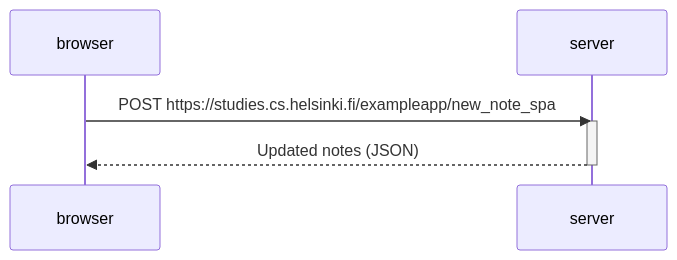
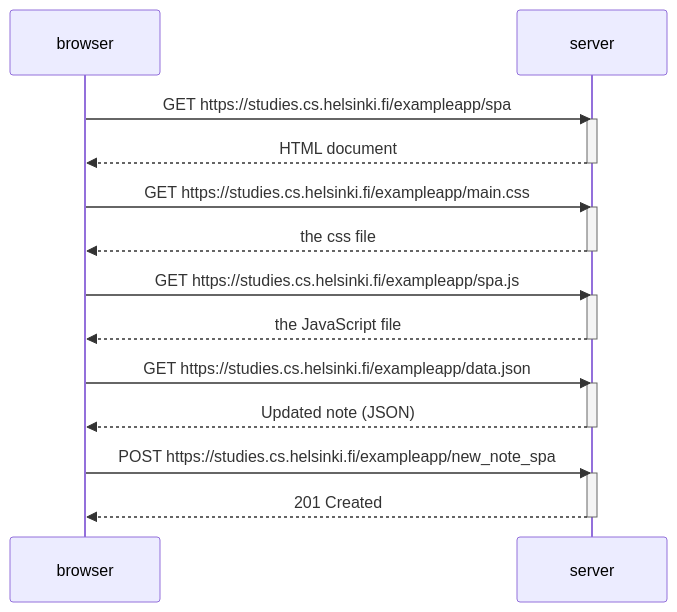
The diagram in exercise5.md (triviet29/Full-Stack-Open---part-0), drawn with Mermaid before and after one commit.

Commit message:
Update sequence diagram for note app interactions

````diff
--- a/exercise5.md
+++ b/exercise5.md
@@ -1,11 +1,31 @@
 ```mermaid
 sequenceDiagram
   participant browser
   participant server
 
+  browser->>server: GET https://studies.cs.helsinki.fi/exampleapp/spa
+  activate server
+  server-->>browser: HTML document
+  deactivate server
+
+  browser->>server: GET https://studies.cs.helsinki.fi/exampleapp/main.css
+  activate server
+  server-->>browser: the css file
+  deactivate server
+
+  browser->>server: GET https://studies.cs.helsinki.fi/exampleapp/spa.js
+  activate server
+  server-->>browser: the JavaScript file
+  deactivate server
+
+  browser->>server: GET https://studies.cs.helsinki.fi/exampleapp/data.json
+  activate server
+  server-->>browser: Updated note (JSON)
+  deactivate server
+
   browser->>server: POST https://studies.cs.helsinki.fi/exampleapp/new_note_spa
   activate server
-  server-->>browser: Updated notes (JSON)
+  server-->>browser: 201 Created
   deactivate server
-
+  
 ```
````
